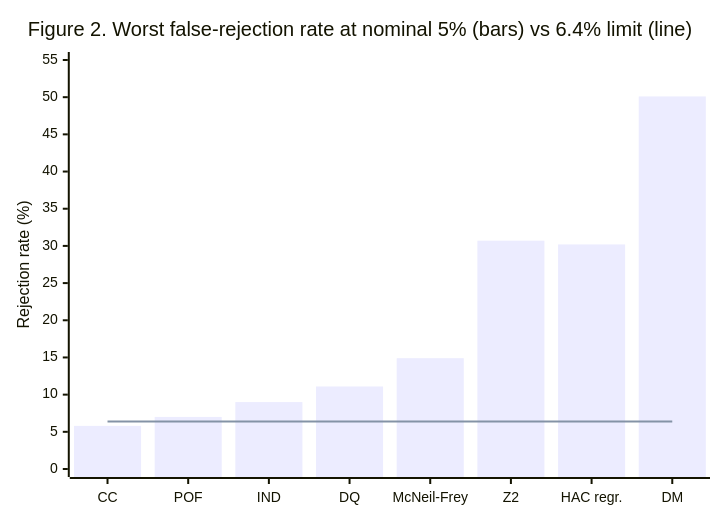
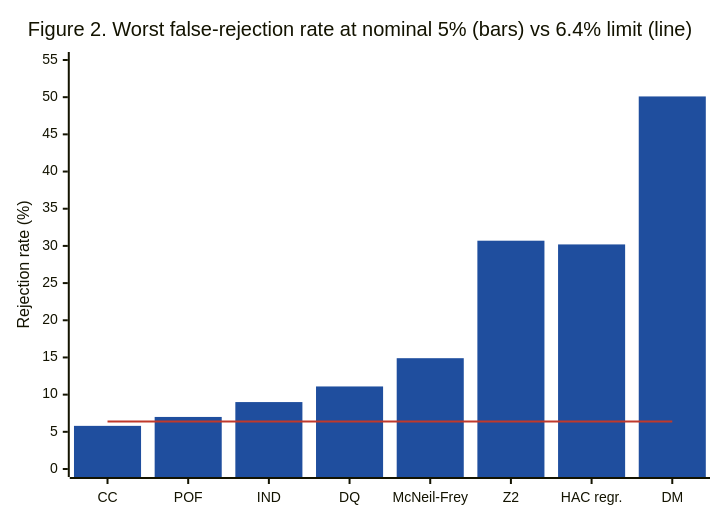
One commit to Guohuan2026/alphalab-risk changed the second of 2 diagrams in docs/REPORT.md. Above: the diagram before and after it, drawn with Mermaid. The commit also changed other lines of this file and 10 other files, not shown here.

````diff
--- a/docs/REPORT.md
+++ b/docs/REPORT.md
@@ -493,8 +495,9 @@
 ```mermaid
+%%{init: {"themeVariables": {"xyChart": {"plotColorPalette": "#1f4e9e, #c0392b"}}}}%%
 xychart-beta
     title "Figure 2. Worst false-rejection rate at nominal 5% (bars) vs 6.4% limit (line)"
     x-axis ["CC", "POF", "IND", "DQ", "McNeil-Frey", "Z2", "HAC regr.", "DM"]
     y-axis "Rejection rate (%)" 0 --> 55
     bar [5.8, 7.0, 9.0, 11.1, 14.9, 30.7, 30.2, 50.1]
     line [6.4, 6.4, 6.4, 6.4, 6.4, 6.4, 6.4, 6.4]
 ```
````
